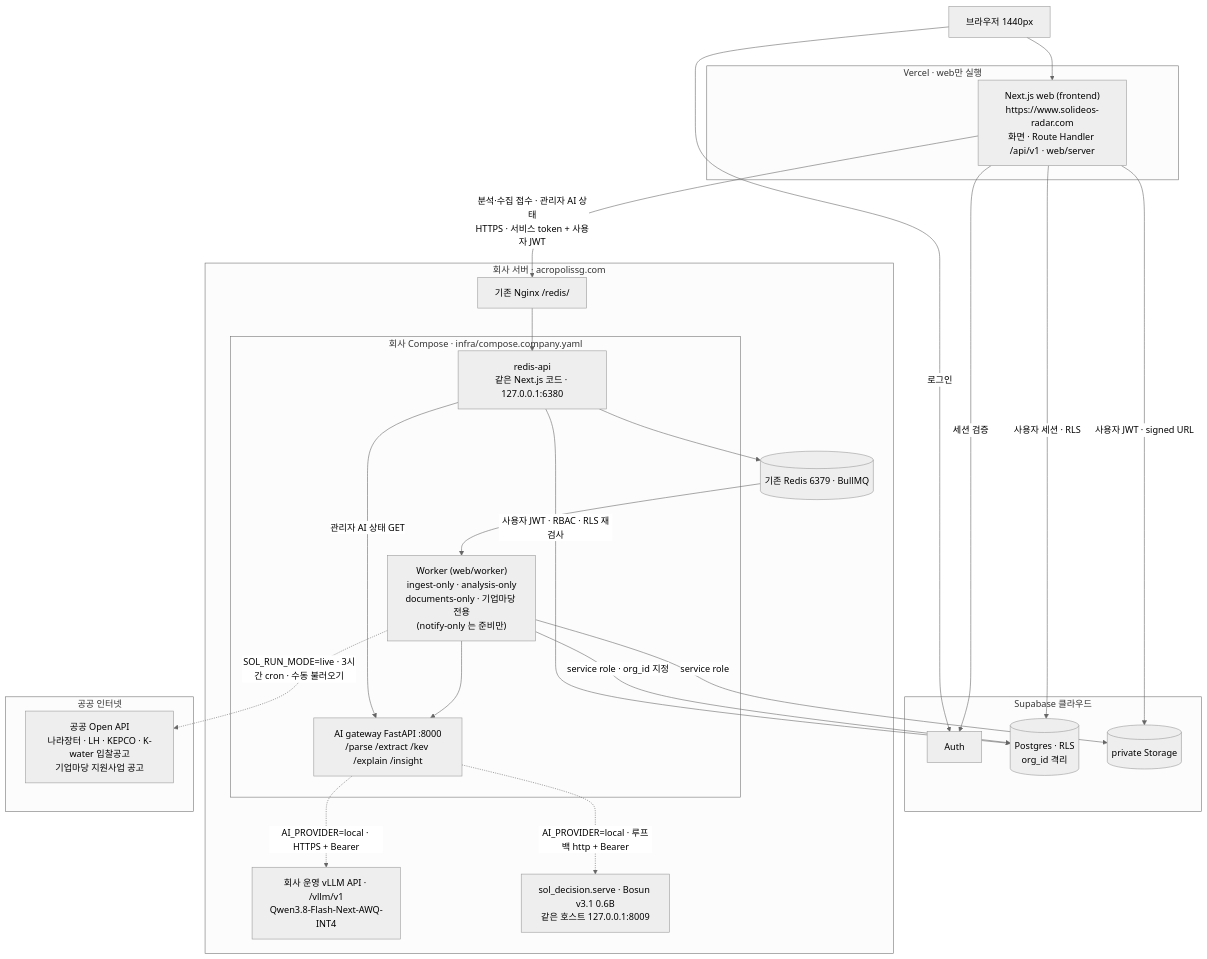
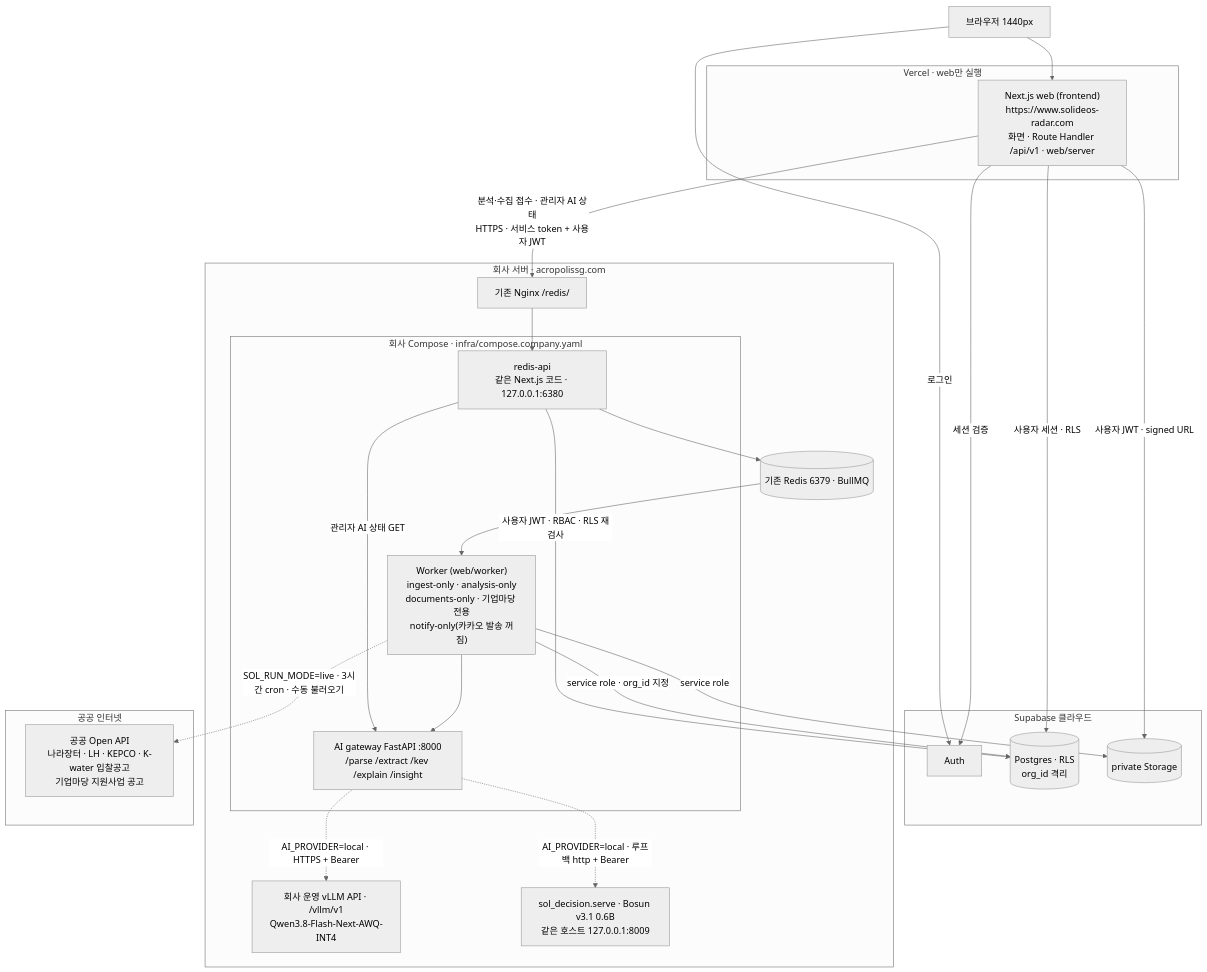
The first of 3 diagrams in docs/submission/architecture.md (solideoai/sol-radar), drawn with Mermaid (neutral theme) before and after one commit. The commit also changed other lines of this file and 21 other files, not shown here.

````diff
--- a/docs/submission/architecture.md
+++ b/docs/submission/architecture.md
@@ -22,42 +22,42 @@
 ```mermaid
 flowchart TB
  B["브라우저 1440px"] --> V
  subgraph vercel[Vercel · web만 실행]
   V["Next.js web (frontend)<br/>https://www.solideos-radar.com<br/>화면 · Route Handler /api/v1 · web/server"]
  end
  subgraph supabase[Supabase 클라우드]
   SA["Auth"]
   PG[("Postgres · RLS<br/>org_id 격리")]
   ST[("private Storage")]
  end
  subgraph company["회사 서버 · acropolissg.com"]
   NG["기존 Nginx /redis/"]
   subgraph cc["회사 Compose · infra/compose.company.yaml"]
    RA["redis-api<br/>같은 Next.js 코드 · 127.0.0.1:6380"]
-   WK["Worker (web/worker)<br/>ingest-only · analysis-only<br/>documents-only · 기업마당 전용<br/>(notify-only 는 준비만)"]
+   WK["Worker (web/worker)<br/>ingest-only · analysis-only<br/>documents-only · 기업마당 전용<br/>notify-only(카카오 발송 꺼짐)"]
    AI["AI gateway FastAPI :8000<br/>/parse /extract /kev /explain /insight"]
   end
   R[("기존 Redis 6379 · BullMQ")]
   QW["회사 운영 vLLM API · /vllm/v1<br/>Qwen3.8-Flash-Next-AWQ-INT4"]
   KV["sol_decision.serve · Bosun v3.1 0.6B<br/>같은 호스트 127.0.0.1:8009"]
  end
  subgraph public[공공 인터넷]
   G2B["공공 Open API<br/>나라장터 · LH · KEPCO · K-water 입찰공고<br/>기업마당 지원사업 공고"]
  end
  B -- 로그인 --> SA
  V -- 세션 검증 --> SA
  V -- 사용자 세션 · RLS --> PG
  V -- 사용자 JWT · signed URL --> ST
  V -- "분석·수집 접수 · 관리자 AI 상태<br/>HTTPS · 서비스 token + 사용자 JWT" --> NG
  NG --> RA
  RA -- 사용자 JWT · RBAC · RLS 재검사 --> PG
  RA --> R
  RA -- 관리자 AI 상태 GET --> AI
  R --> WK
  WK --> AI
  WK -- service role · org_id 지정 --> PG
  WK -- service role --> ST
  WK -. "SOL_RUN_MODE=live · 3시간 cron · 수동 불러오기" .-> G2B
  AI -. AI_PROVIDER=local · HTTPS + Bearer .-> QW
  AI -. AI_PROVIDER=local · 루프백 http + Bearer .-> KV
 ```
````
